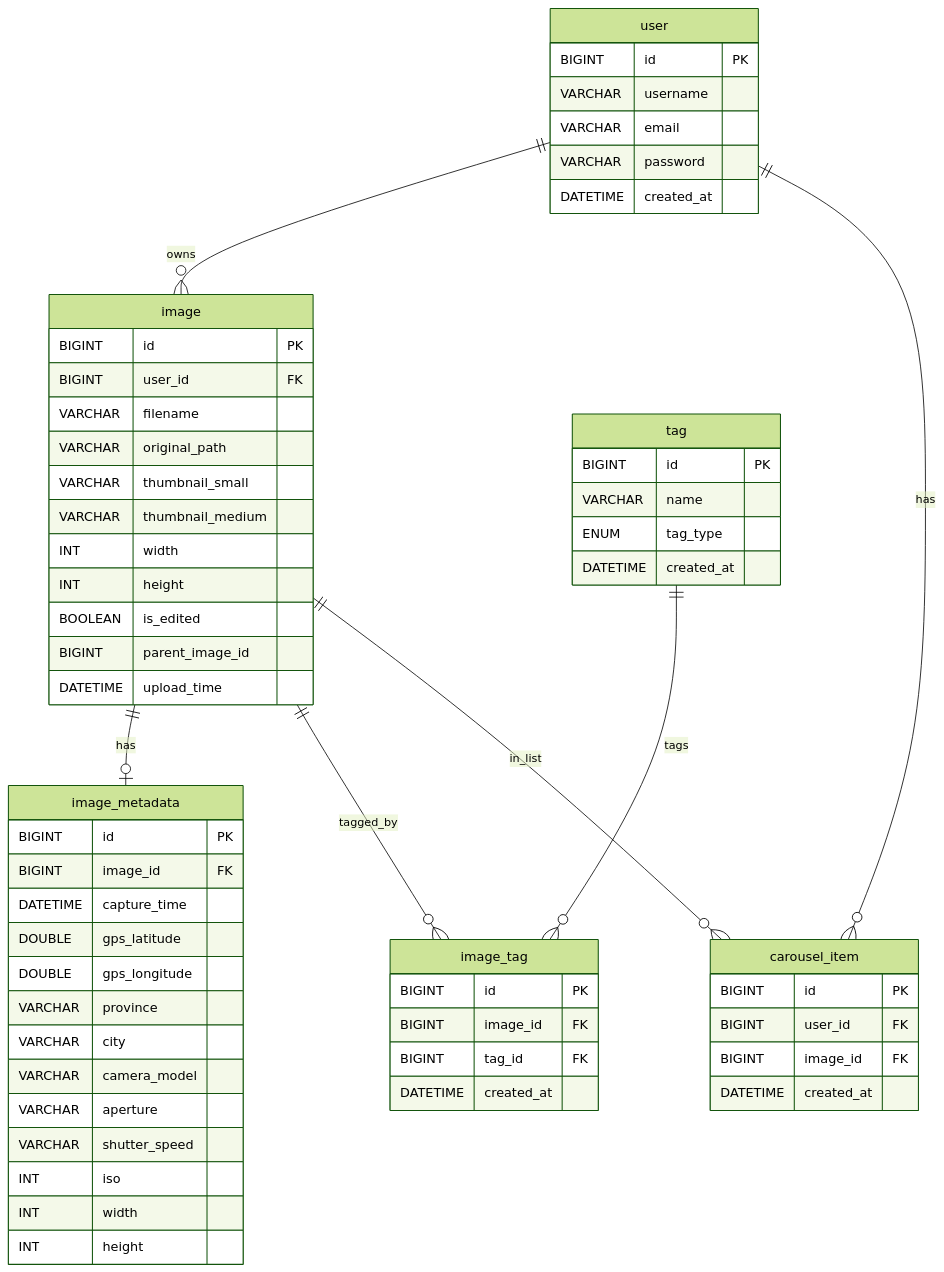
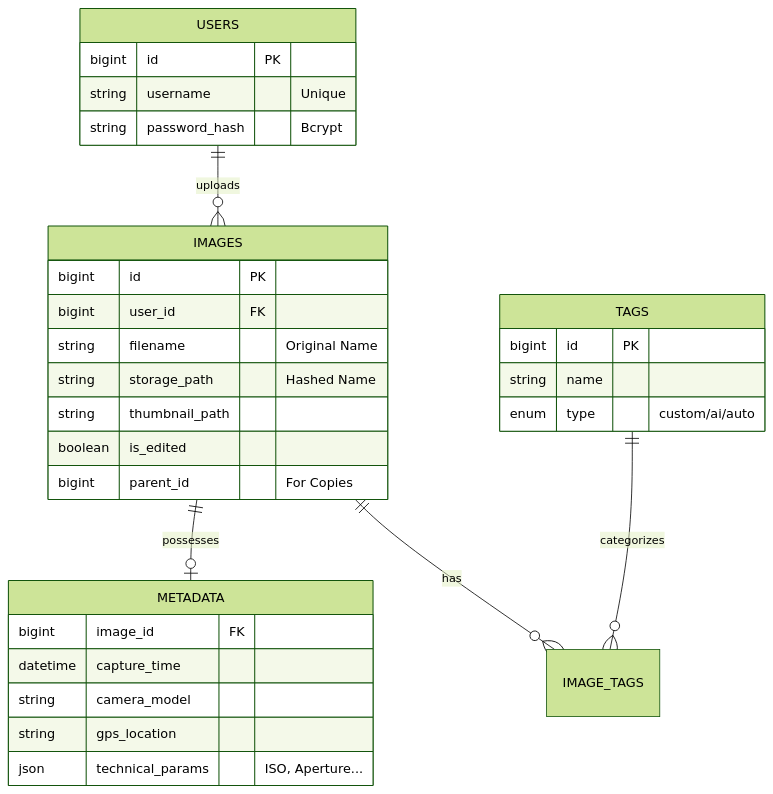
Before and after one commit to Ader817/PicHub: the second of 3 diagrams in docs/design.md, drawn with Mermaid (forest theme). The commit also changed other lines of this file and 6 other files, not shown here.

````diff
--- a/docs/design.md
+++ b/docs/design.md
@@ -150,68 +122,37 @@
 ```mermaid
 erDiagram
-  user ||--o{ image : owns
-  image ||--o| image_metadata : has
-  image ||--o{ image_tag : tagged_by
-  tag  ||--o{ image_tag : tags
-  user ||--o{ carousel_item : has
-  image ||--o{ carousel_item : in_list
-
-  user {
-    BIGINT id PK
-    VARCHAR username
-    VARCHAR email
-    VARCHAR password
-    DATETIME created_at
+  USERS ||--o{ IMAGES : uploads
+  IMAGES ||--o| METADATA : possesses
+  IMAGES ||--o{ IMAGE_TAGS : has
+  TAGS  ||--o{ IMAGE_TAGS : categorizes
+  
+  USERS {
+    bigint id PK
+    string username "Unique"
+    string password_hash "Bcrypt"
   }
 
-  image {
-    BIGINT id PK
-    BIGINT user_id FK
-    VARCHAR filename
-    VARCHAR original_path
-    VARCHAR thumbnail_small
-    VARCHAR thumbnail_medium
-    INT width
-    INT height
-    BOOLEAN is_edited
-    BIGINT parent_image_id
-    DATETIME upload_time
+  IMAGES {
+    bigint id PK
+    bigint user_id FK
+    string filename "Original Name"
+    string storage_path "Hashed Name"
+    string thumbnail_path
+    boolean is_edited
+    bigint parent_id "For Copies"
   }
 
-  image_metadata {
-    BIGINT id PK
-    BIGINT image_id FK
-    DATETIME capture_time
-    DOUBLE gps_latitude
-    DOUBLE gps_longitude
-    VARCHAR province
-    VARCHAR city
-    VARCHAR camera_model
-    VARCHAR aperture
-    VARCHAR shutter_speed
-    INT iso
-    INT width
-    INT height
+  METADATA {
+    bigint image_id FK
+    datetime capture_time
+    string camera_model
+    string gps_location
+    json technical_params "ISO, Aperture..."
   }
 
-  tag {
-    BIGINT id PK
-    VARCHAR name
-    ENUM tag_type
-    DATETIME created_at
-  }
-
-  image_tag {
-    BIGINT id PK
-    BIGINT image_id FK
-    BIGINT tag_id FK
-    DATETIME created_at
-  }
-
-  carousel_item {
-    BIGINT id PK
-    BIGINT user_id FK
-    BIGINT image_id FK
-    DATETIME created_at
+  TAGS {
+    bigint id PK
+    string name
+    enum type "custom/ai/auto"
   }
 ```
````
